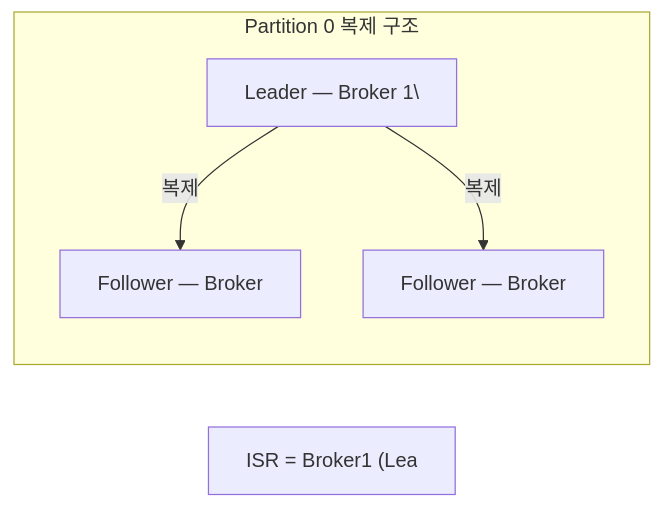
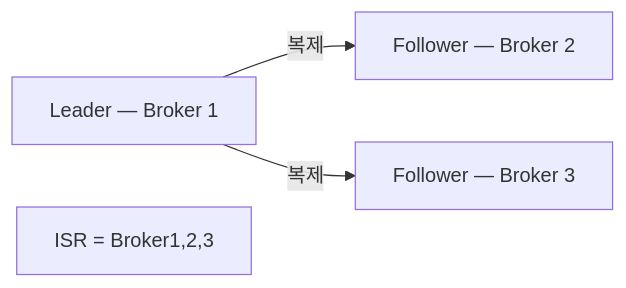
Before and after one commit to yjkim2015/yjkim2015.github.io: diagram 12 of 17 in _posts/kafka/2026-05-01-kafka-fundamentals.md, drawn with Mermaid. The commit also changed other lines of this file and 155 other files, not shown here.

First line of the commit message:
Mermaid 전면 수정: subgraph 제거, participant/노드/줄수 축소 (342블록)

````diff
--- a/_posts/kafka/2026-05-01-kafka-fundamentals.md
+++ b/_posts/kafka/2026-05-01-kafka-fundamentals.md
@@ -453,11 +418,6 @@
 ```mermaid
 graph LR
-    subgraph partition["Partition 0 복제 구조"]
-        L["Leader — Broker 1\"]
-        F1["Follower — Broker"]
-        F2["Follower — Broker"]
-        L -->|복제| F1
-        L -->|복제| F2
-    end
-    ISR["ISR = Broker1 (Lea"]
+    L["Leader — Broker 1"] -->|복제| F1["Follower — Broker 2"]
+    L -->|복제| F2["Follower — Broker 3"]
+    ISR["ISR = Broker1,2,3"]
 ```
````
